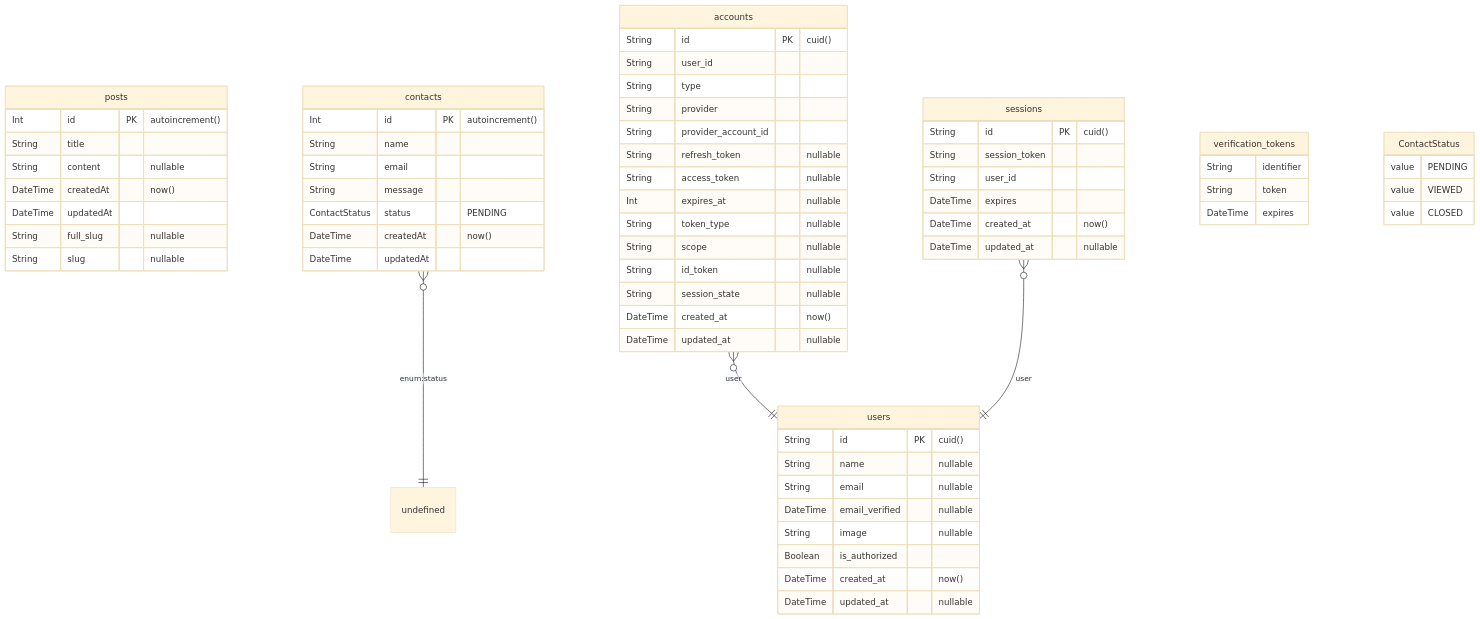
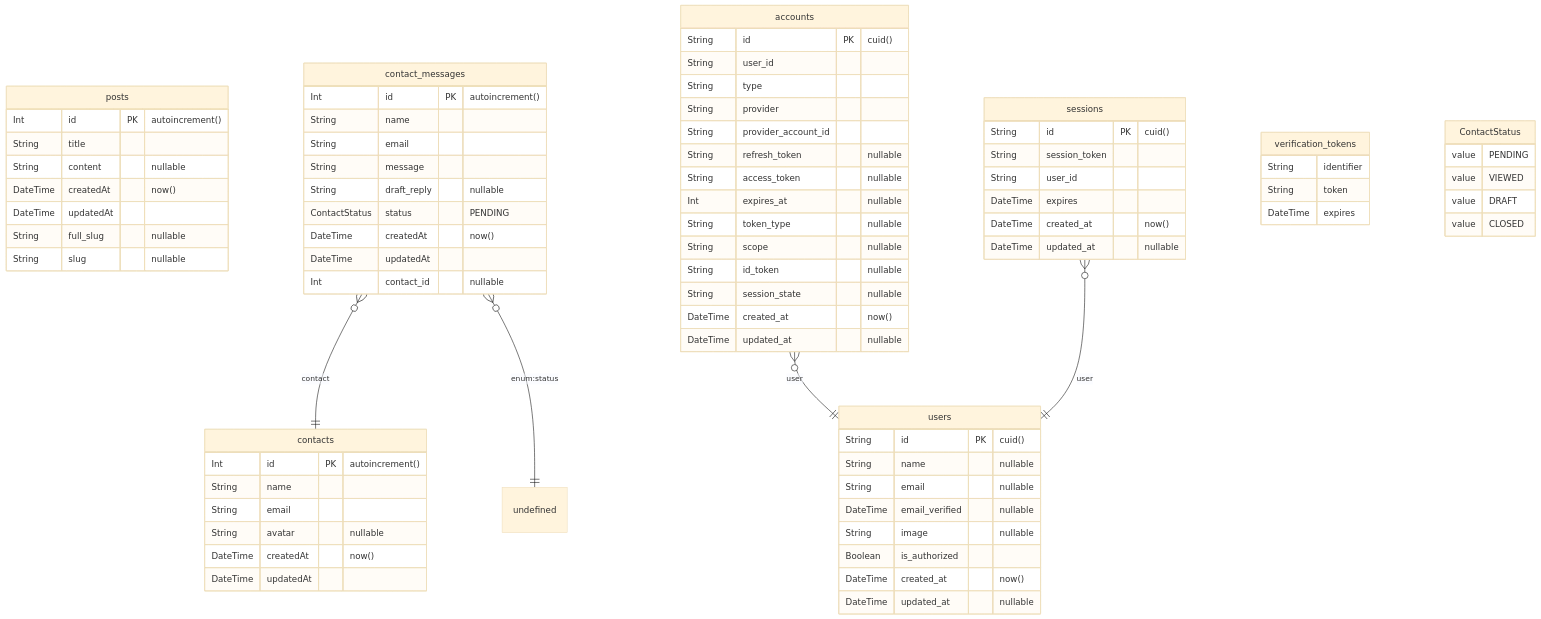
The diagram in prisma/ERD.md (boleknowak/piotrdoniak.com), drawn with Mermaid (base theme) before and after one commit. The commit also changed 9 other files, not shown here.

Commit message:
:tada: changed Contact structure - added DRAFT status - added Contact model - added ContactMessages model - modified Badge component

````diff
--- a/prisma/ERD.md
+++ b/prisma/ERD.md
@@ -1,69 +1,81 @@
 ```mermaid
 erDiagram
 	posts {
 		Int id PK  "autoincrement()"
 		String title
 		String content  "nullable"
 		DateTime createdAt  "now()"
 		DateTime updatedAt
 		String full_slug  "nullable"
 		String slug  "nullable"
 	}
 	contacts {
 		Int id PK  "autoincrement()"
 		String name
 		String email
+		String avatar  "nullable"
+		DateTime createdAt  "now()"
+		DateTime updatedAt
+	}
+	contact_messages {
+		Int id PK  "autoincrement()"
+		String name
+		String email
 		String message
+		String draft_reply  "nullable"
 		ContactStatus status "PENDING"
 		DateTime createdAt  "now()"
 		DateTime updatedAt
+		Int contact_id  "nullable"
 	}
 	accounts {
 		String id PK  "cuid()"
 		String user_id
 		String type
 		String provider
 		String provider_account_id
 		String refresh_token  "nullable"
 		String access_token  "nullable"
 		Int expires_at  "nullable"
 		String token_type  "nullable"
 		String scope  "nullable"
 		String id_token  "nullable"
 		String session_state  "nullable"
 		DateTime created_at  "now()"
 		DateTime updated_at  "nullable"
 	}
 	sessions {
 		String id PK  "cuid()"
 		String session_token
 		String user_id
 		DateTime expires
 		DateTime created_at  "now()"
 		DateTime updated_at  "nullable"
 	}
 	users {
 		String id PK  "cuid()"
 		String name  "nullable"
 		String email  "nullable"
 		DateTime email_verified  "nullable"
 		String image  "nullable"
 		Boolean is_authorized
 		DateTime created_at  "now()"
 		DateTime updated_at  "nullable"
 	}
 	verification_tokens {
 		String identifier
 		String token
 		DateTime expires
 	}
 	ContactStatus {
 		value PENDING
 		value VIEWED
+		value DRAFT
 		value CLOSED
 	}
-	contacts }o--|| undefined : "enum:status"
+	contact_messages }o--|| contacts : contact
+	contact_messages }o--|| undefined : "enum:status"
 	accounts }o--|| users : user
 	sessions }o--|| users : user
 
 ```
````
